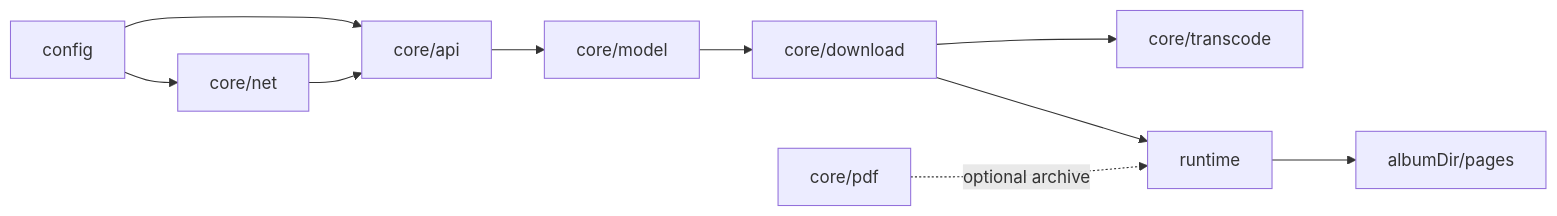
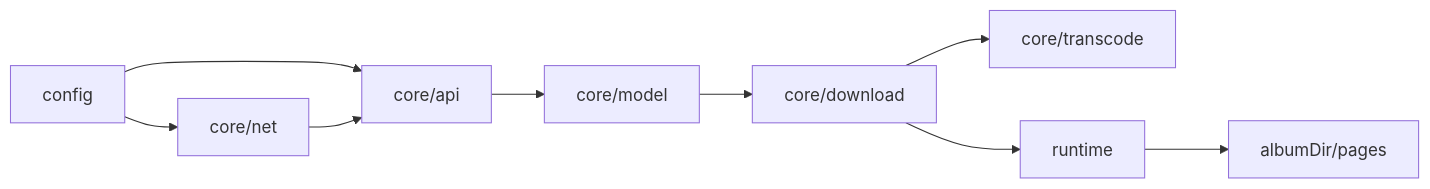
One commit to aDarkMaker/JMFM changed the first of 2 diagrams in docs/architecture/overview.md. Above: the diagram before and after it, drawn with Mermaid. The commit also changed other lines of this file and 27 other files, not shown here.

Commit message:
docs: renovate architecture and development guides

````diff
--- a/docs/architecture/overview.md
+++ b/docs/architecture/overview.md
@@ -48,22 +49,20 @@
 ```mermaid
 flowchart LR
     cfg[config]
     api[core/api]
     net[core/net]
     model[core/model]
     trans[core/transcode]
     dl[core/download]
-    pdf[core/pdf]
     rnt[runtime]
     pagesOut[albumDir/pages]
 
     cfg --> net
     cfg --> api
     net --> api
     api --> model
     model --> dl
     dl --> trans
     dl --> rnt
     rnt --> pagesOut
-    pdf -.->|optional archive| rnt
 ```
````
